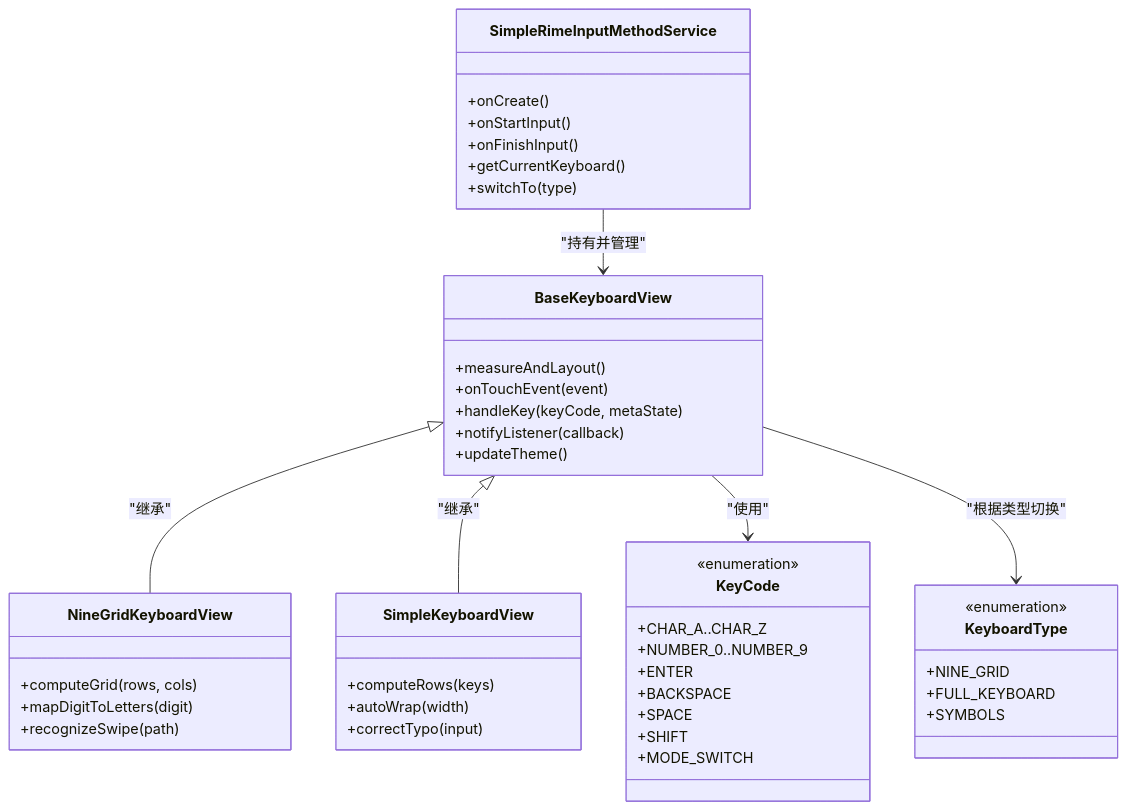
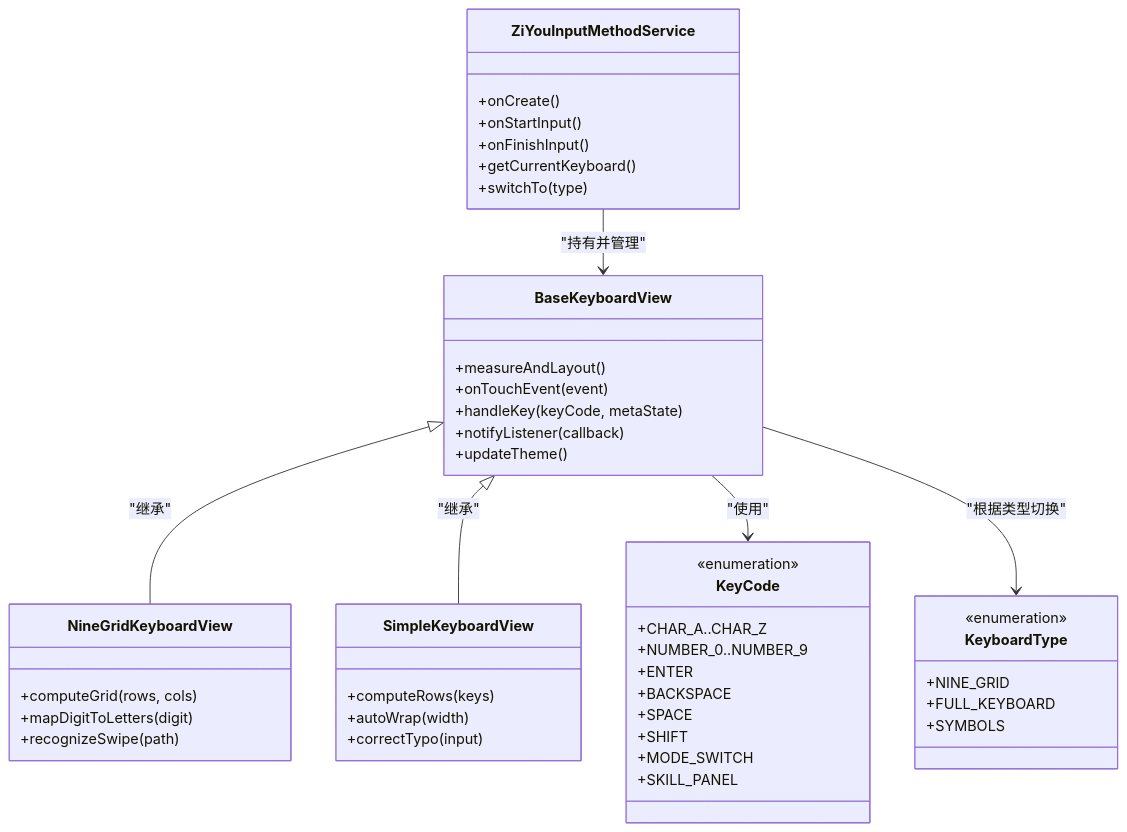
Before and after one commit to qiaodashaoye/ziyou-ime: the second of 10 diagrams in .qoder/repowiki/zh/content/键盘实现/键盘实现.md, drawn with Mermaid. The commit also changed other lines of this file and 28 other files, not shown here.

````diff
--- a/.qoder/repowiki/zh/content/键盘实现/键盘实现.md
+++ b/.qoder/repowiki/zh/content/键盘实现/键盘实现.md
@@ -110,48 +122,49 @@
 ```mermaid
 classDiagram
-class SimpleRimeInputMethodService {
+class ZiYouInputMethodService {
 +onCreate()
 +onStartInput()
 +onFinishInput()
 +getCurrentKeyboard()
 +switchTo(type)
 }
 class BaseKeyboardView {
 +measureAndLayout()
 +onTouchEvent(event)
 +handleKey(keyCode, metaState)
 +notifyListener(callback)
 +updateTheme()
 }
 class NineGridKeyboardView {
 +computeGrid(rows, cols)
 +mapDigitToLetters(digit)
 +recognizeSwipe(path)
 }
 class SimpleKeyboardView {
 +computeRows(keys)
 +autoWrap(width)
 +correctTypo(input)
 }
 class KeyCode {
 <<enumeration>>
 +CHAR_A..CHAR_Z
 +NUMBER_0..NUMBER_9
 +ENTER
 +BACKSPACE
 +SPACE
 +SHIFT
 +MODE_SWITCH
++SKILL_PANEL
 }
 class KeyboardType {
 <<enumeration>>
 +NINE_GRID
 +FULL_KEYBOARD
 +SYMBOLS
 }
-SimpleRimeInputMethodService --> BaseKeyboardView : "持有并管理"
+ZiYouInputMethodService --> BaseKeyboardView : "持有并管理"
 BaseKeyboardView <|-- NineGridKeyboardView : "继承"
 BaseKeyboardView <|-- SimpleKeyboardView : "继承"
 BaseKeyboardView --> KeyCode : "使用"
 BaseKeyboardView --> KeyboardType : "根据类型切换"
 ```
````
